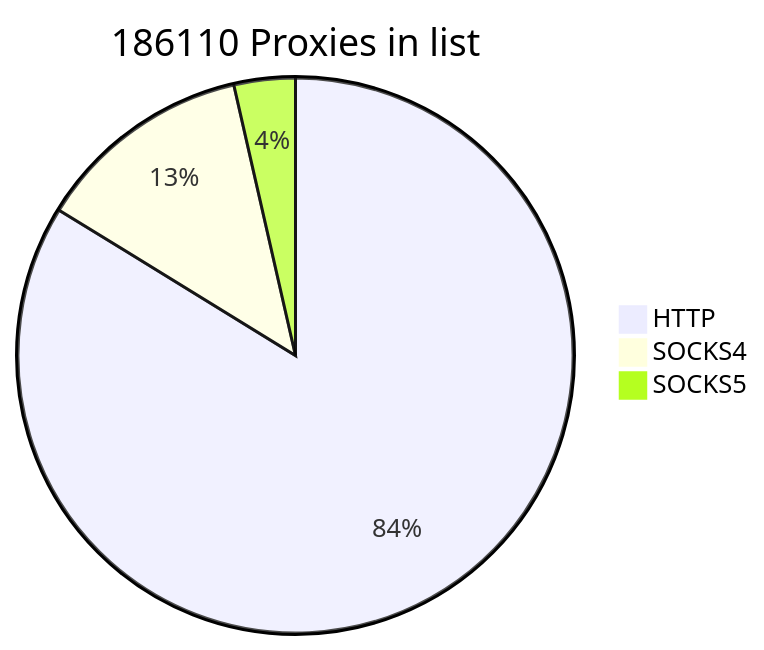
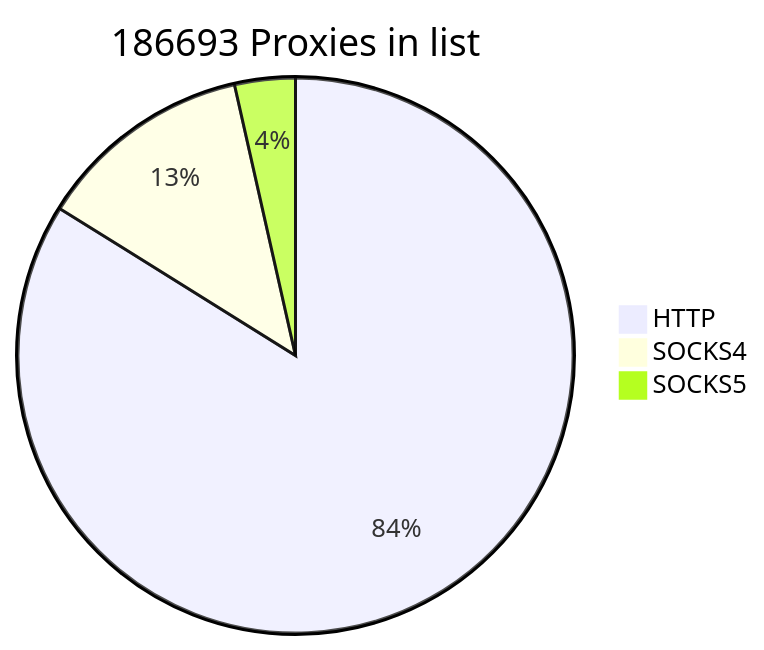
One commit to cutipu/proxylist changed the first of 2 diagrams in README.md. Above: the diagram before and after it, drawn with Mermaid. The commit also changed other lines of this file, not shown here.

````diff
--- a/README.md
+++ b/README.md
@@ -2,7 +2,7 @@
 ```mermaid
-pie title 186110 Proxies in list
-    "HTTP" : 155910
-    "SOCKS4" : 23559
-    "SOCKS5" : 6641
+pie title 186693 Proxies in list
+    "HTTP" : 156583
+    "SOCKS4" : 23526
+    "SOCKS5" : 6584
             
 ```
````
